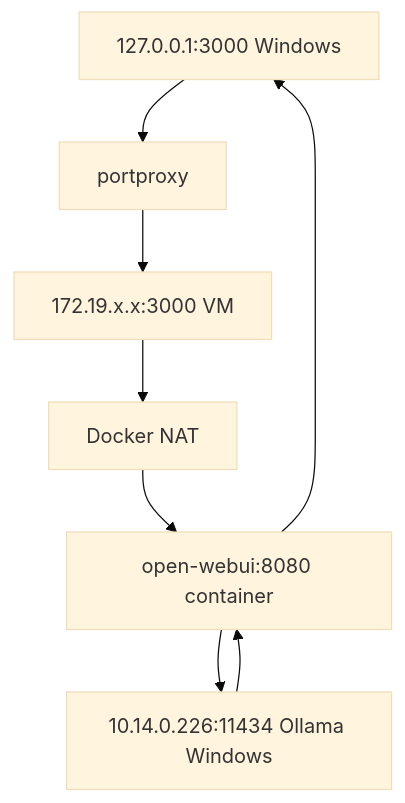
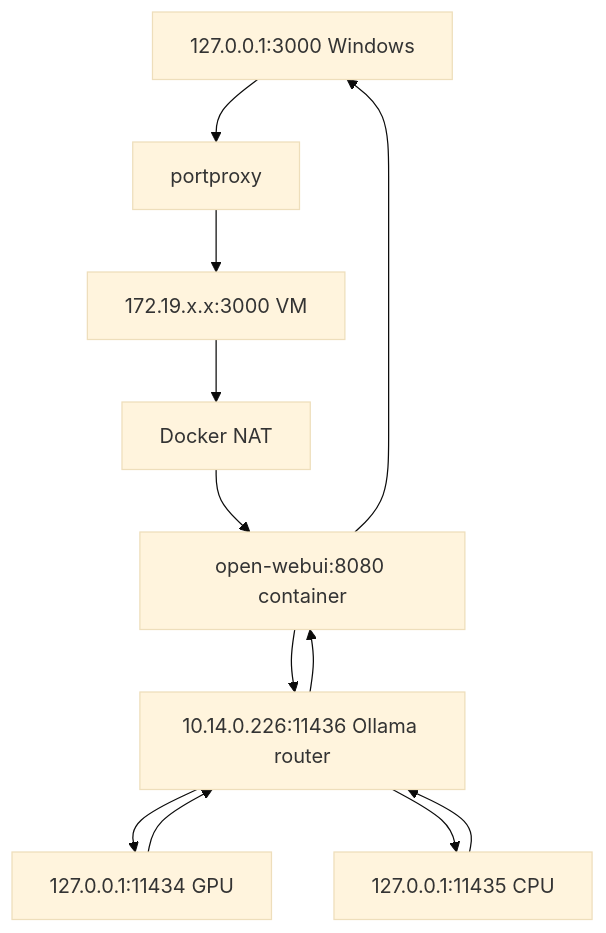
The diagram in docs/diagrams/network_flow.mmd (marcocanedo/ia_lab), drawn with Mermaid (base theme) before and after one commit. The commit also changed 93 other files, not shown here.

```diff
--- a/docs/diagrams/network_flow.mmd
+++ b/docs/diagrams/network_flow.mmd
@@ -1,8 +1,12 @@
 flowchart TD
     A[127.0.0.1:3000 Windows] --> B[portproxy]
     B --> C[172.19.x.x:3000 VM]
     C --> D[Docker NAT]
     D --> E[open-webui:8080 container]
-    E --> F[10.14.0.226:11434 Ollama Windows]
+    E --> F[10.14.0.226:11436 Ollama router]
+    F --> G[127.0.0.1:11434 GPU]
+    F --> H[127.0.0.1:11435 CPU]
+    G --> F
+    H --> F
     F --> E
     E --> A
```
